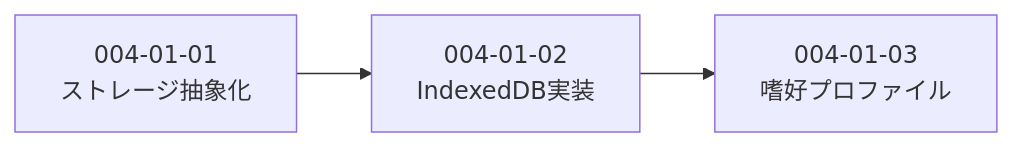
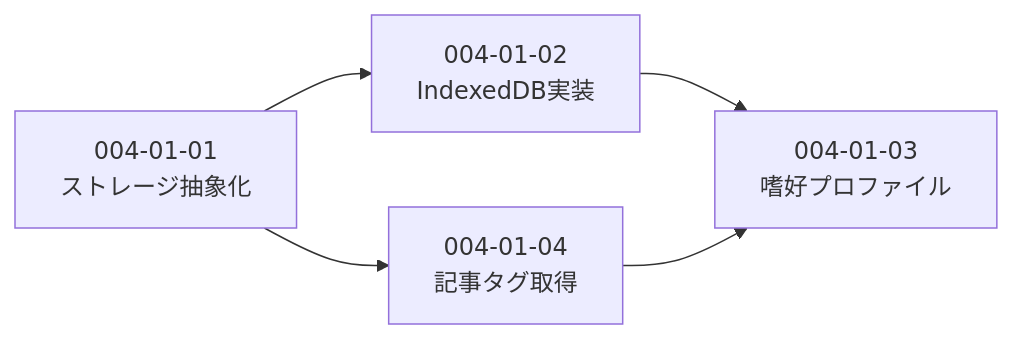
One commit to Sn005/recommend-scp changed the diagram in specs/004-recommend/004-01-recommend-foundation/subtask-list.md. Above: the diagram before and after it, drawn with Mermaid. The commit also changed other lines of this file and 1 other file, not shown here.

Commit message:
docs(spec): 004-01-04 記事タグ取得実装の仕様を策定
- SupabaseTagStorage: Supabaseからタグを取得する専用クラス
- CompositeStorage: IndexedDB + Supabaseを組み合わせる複合ストレージ
- 既存のIndexedDBStorageは変更なし（クライアントサイド専用設計を維持）

````diff
--- a/specs/004-recommend/004-01-recommend-foundation/subtask-list.md
+++ b/specs/004-recommend/004-01-recommend-foundation/subtask-list.md
@@ -11,5 +12,7 @@
 ```mermaid
 flowchart LR
     A[004-01-01<br>ストレージ抽象化] --> B[004-01-02<br>IndexedDB実装]
+    A --> D[004-01-04<br>記事タグ取得]
     B --> C[004-01-03<br>嗜好プロファイル]
+    D --> C
 ```
````
